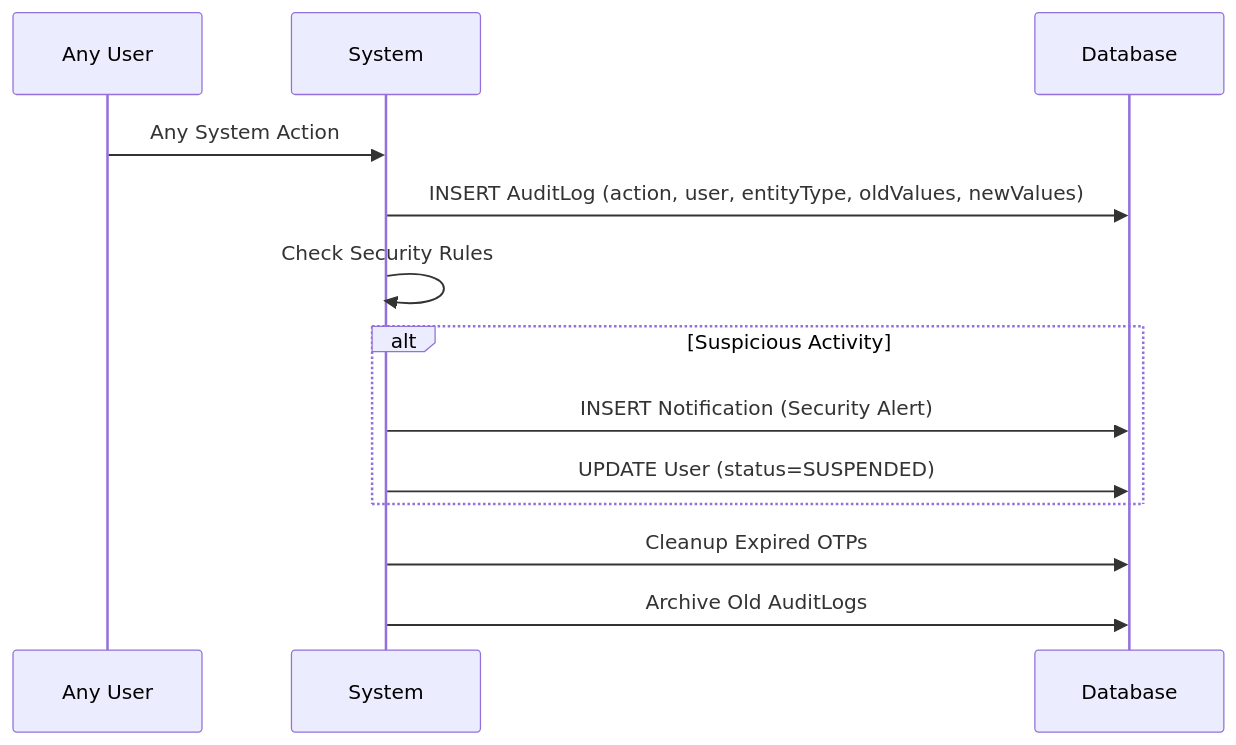
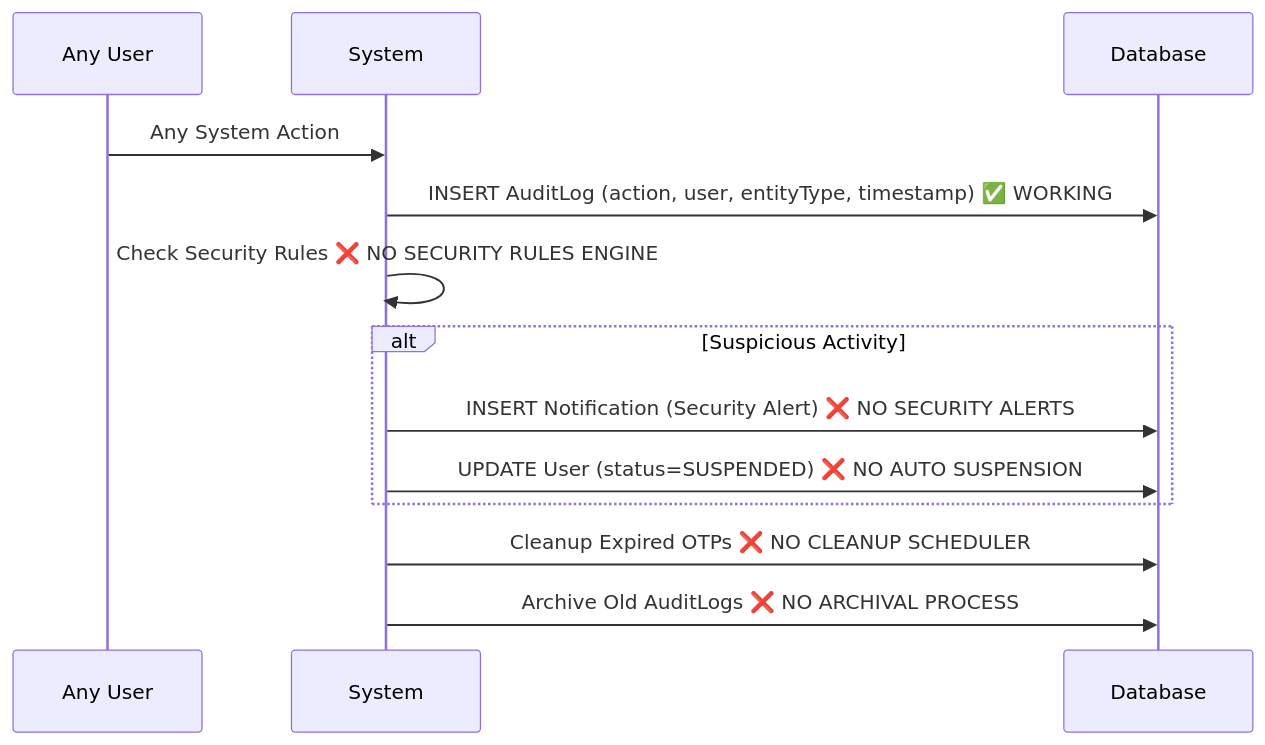
One commit to AshishDabhi1539/Loan_Screening_Project changed the sixth of 7 diagrams in COMPLETE_DATA_FLOW_ANALYSIS.md. Above: the diagram before and after it, drawn with Mermaid. The commit also changed other lines of this file and 29 other files, not shown here.

````diff
--- a/COMPLETE_DATA_FLOW_ANALYSIS.md
+++ b/COMPLETE_DATA_FLOW_ANALYSIS.md
@@ -182,16 +237,16 @@
 ```mermaid
 sequenceDiagram
     participant U as Any User
     participant S as System
     participant DB as Database
     
     U->>S: Any System Action
-    S->>DB: INSERT AuditLog (action, user, entityType, oldValues, newValues)
-    S->>S: Check Security Rules
+    S->>DB: INSERT AuditLog (action, user, entityType, timestamp) ✅ WORKING
+    S->>S: Check Security Rules ❌ NO SECURITY RULES ENGINE
     alt Suspicious Activity
-        S->>DB: INSERT Notification (Security Alert)
-        S->>DB: UPDATE User (status=SUSPENDED)
+        S->>DB: INSERT Notification (Security Alert) ❌ NO SECURITY ALERTS
+        S->>DB: UPDATE User (status=SUSPENDED) ❌ NO AUTO SUSPENSION
     end
-    S->>DB: Cleanup Expired OTPs
-    S->>DB: Archive Old AuditLogs
+    S->>DB: Cleanup Expired OTPs ❌ NO CLEANUP SCHEDULER
+    S->>DB: Archive Old AuditLogs ❌ NO ARCHIVAL PROCESS
 ```
````
